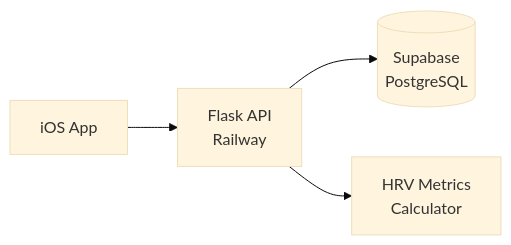
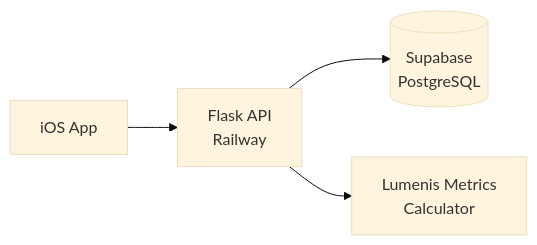
One commit to mirzafarangi/HeartRateVariability_time_series_analysis changed the diagram in blueprint_api.md. Above: the diagram before and after it, drawn with Mermaid (base theme). The commit also changed other lines of this file and 8 other files, not shown here.

````diff
--- a/blueprint_api.md
+++ b/blueprint_api.md
@@ -27,6 +44,6 @@
 ```mermaid
 graph LR
     iOS[iOS App] --> API[Flask API<br/>Railway]
     API --> DB[(Supabase<br/>PostgreSQL)]
-    API --> Metrics[HRV Metrics<br/>Calculator]
+    API --> Metrics[Lumenis Metrics<br/>Calculator]
 ```
````
